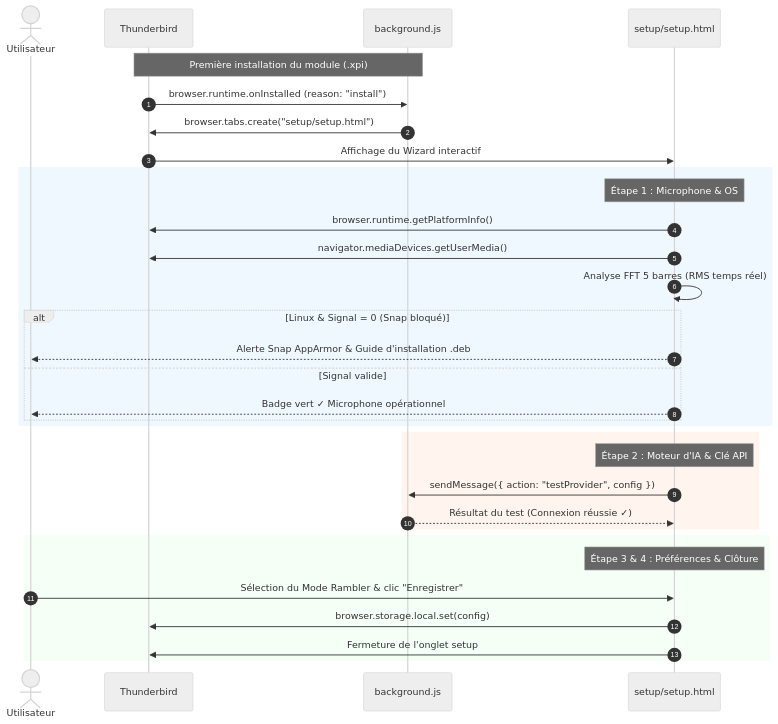
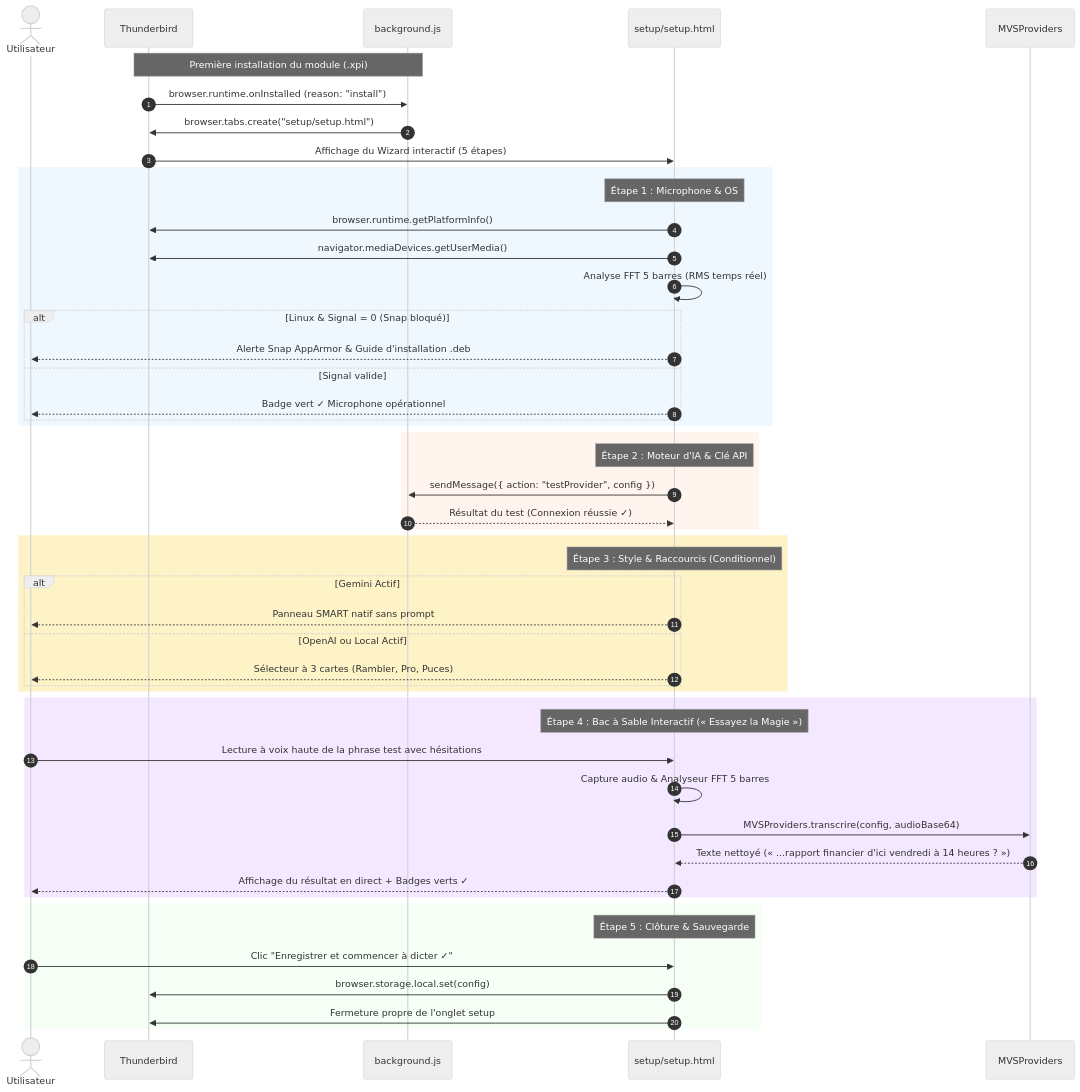
One commit to mtfkarukera/magic-voice-scriber-thunderbird changed the third of 3 diagrams in ARCHITECTURE.md. Above: the diagram before and after it, drawn with Mermaid (neutral theme). The commit also changed other lines of this file and 14 other files, not shown here.

Commit message:
chore(release): v1.3.1 - Invariant Gemini SMART, Stepper 5 étapes & Bac à sable interactif

````diff
--- a/ARCHITECTURE.md
+++ b/ARCHITECTURE.md
@@ -131,38 +135,57 @@
 ```mermaid
 sequenceDiagram
     autonumber
     actor User as Utilisateur
     participant TB as Thunderbird
     participant BG as background.js
     participant Wizard as setup/setup.html
+    participant Engine as MVSProviders
 
     Note over TB,BG: Première installation du module (.xpi)
     TB->>BG: browser.runtime.onInstalled (reason: "install")
     BG->>TB: browser.tabs.create("setup/setup.html")
-    TB->>Wizard: Affichage du Wizard interactif
+    TB->>Wizard: Affichage du Wizard interactif (5 étapes)
     
     rect rgb(240, 248, 255)
     Note over Wizard: Étape 1 : Microphone & OS
     Wizard->>TB: browser.runtime.getPlatformInfo()
     Wizard->>TB: navigator.mediaDevices.getUserMedia()
     Wizard->>Wizard: Analyse FFT 5 barres (RMS temps réel)
     alt Linux & Signal = 0 (Snap bloqué)
         Wizard-->>User: Alerte Snap AppArmor & Guide d'installation .deb
     else Signal valide
         Wizard-->>User: Badge vert ✓ Microphone opérationnel
     end
     end
 
     rect rgb(255, 245, 238)
     Note over Wizard: Étape 2 : Moteur d'IA & Clé API
     Wizard->>BG: sendMessage({ action: "testProvider", config })
     BG-->>Wizard: Résultat du test (Connexion réussie ✓)
     end
 
+    rect rgb(254, 243, 199)
+    Note over Wizard: Étape 3 : Style & Raccourcis (Conditionnel)
+    alt Gemini Actif
+        Wizard-->>User: Panneau SMART natif sans prompt
+    else OpenAI ou Local Actif
+        Wizard-->>User: Sélecteur à 3 cartes (Rambler, Pro, Puces)
+    end
+    end
+
+    rect rgb(243, 232, 255)
+    Note over Wizard: Étape 4 : Bac à Sable Interactif (« Essayez la Magie »)
+    User->>Wizard: Lecture à voix haute de la phrase test avec hésitations
+    Wizard->>Wizard: Capture audio & Analyseur FFT 5 barres
+    Wizard->>Engine: MVSProviders.transcrire(config, audioBase64)
+    Engine-->>Wizard: Texte nettoyé (« ...rapport financier d'ici vendredi à 14 heures ? »)
+    Wizard-->>User: Affichage du résultat en direct + Badges verts ✓
+    end
+
     rect rgb(245, 255, 245)
-    Note over Wizard: Étape 3 & 4 : Préférences & Clôture
-    User->>Wizard: Sélection du Mode Rambler & clic "Enregistrer"
+    Note over Wizard: Étape 5 : Clôture & Sauvegarde
+    User->>Wizard: Clic "Enregistrer et commencer à dicter ✓"
     Wizard->>TB: browser.storage.local.set(config)
-    Wizard->>TB: Fermeture de l'onglet setup
+    Wizard->>TB: Fermeture propre de l'onglet setup
     end
 ```
````
